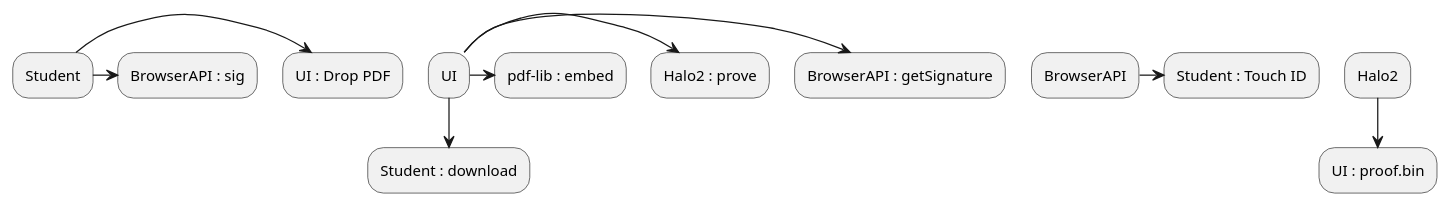
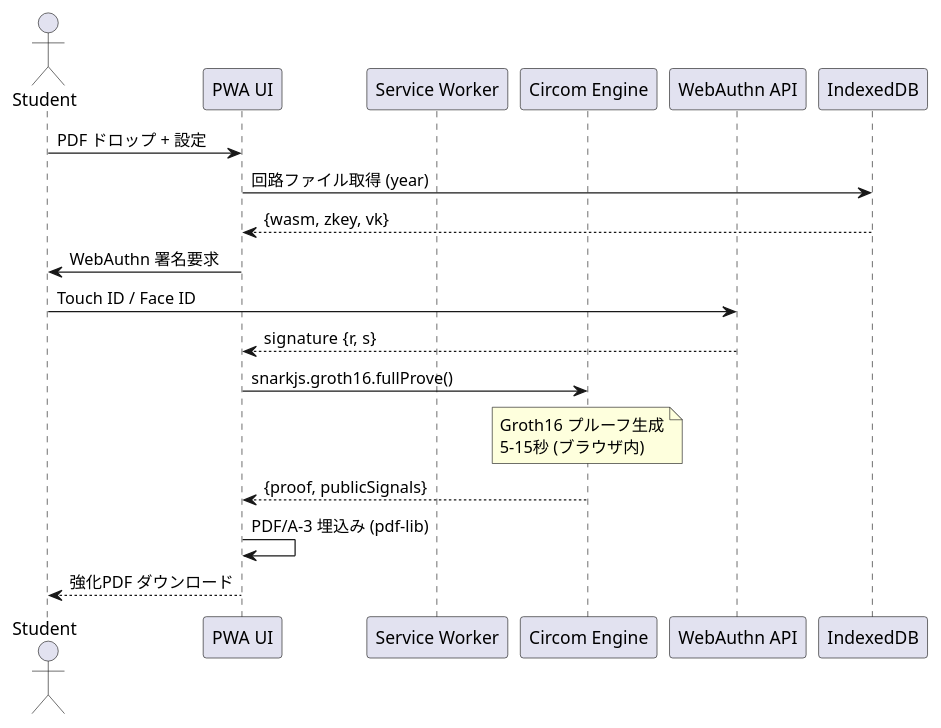
The second of 2 diagrams in documents/ScholarProver/FSD_ScholarProver.md (Blank-Vulture/Tri-CertFramework), drawn with PlantUML before and after one commit. The commit also changed other lines of this file and 19 other files, not shown here.

````diff
--- a/documents/ScholarProver/FSD_ScholarProver.md
+++ b/documents/ScholarProver/FSD_ScholarProver.md
@@ -32,10 +88,22 @@
 ```plantuml
-Student -> UI : Drop PDF
-UI -> BrowserAPI : getSignature
-BrowserAPI -> Student : Touch ID
-Student -> BrowserAPI : sig
-UI -> Halo2 : prove
-Halo2 --> UI : proof.bin
-UI -> pdf-lib : embed
-UI --> Student : download
+@startuml
+actor Student
+participant "PWA UI" as UI  
+participant "Service Worker" as SW
+participant "Circom Engine" as Circom
+participant "WebAuthn API" as WA
+participant "IndexedDB" as IDB
+
+Student -> UI : PDF ドロップ + 設定
+UI -> IDB : 回路ファイル取得 (year)
+IDB --> UI : {wasm, zkey, vk}
+UI -> Student : WebAuthn 署名要求
+Student -> WA : Touch ID / Face ID
+WA --> UI : signature {r, s}
+UI -> Circom : snarkjs.groth16.fullProve()
+Note over Circom : Groth16 プルーフ生成\n5-15秒 (ブラウザ内)
+Circom --> UI : {proof, publicSignals}
+UI -> UI : PDF/A-3 埋込み (pdf-lib)
+UI --> Student : 強化PDF ダウンロード
+@enduml
 ```
````
